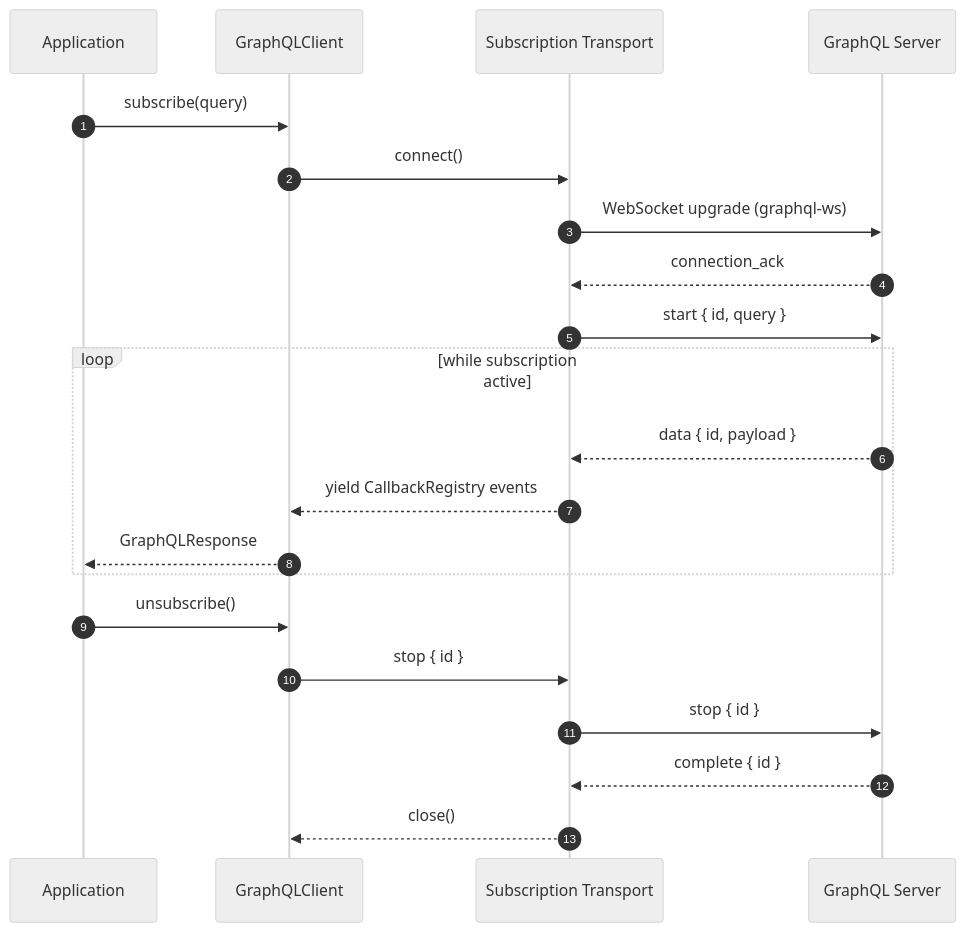
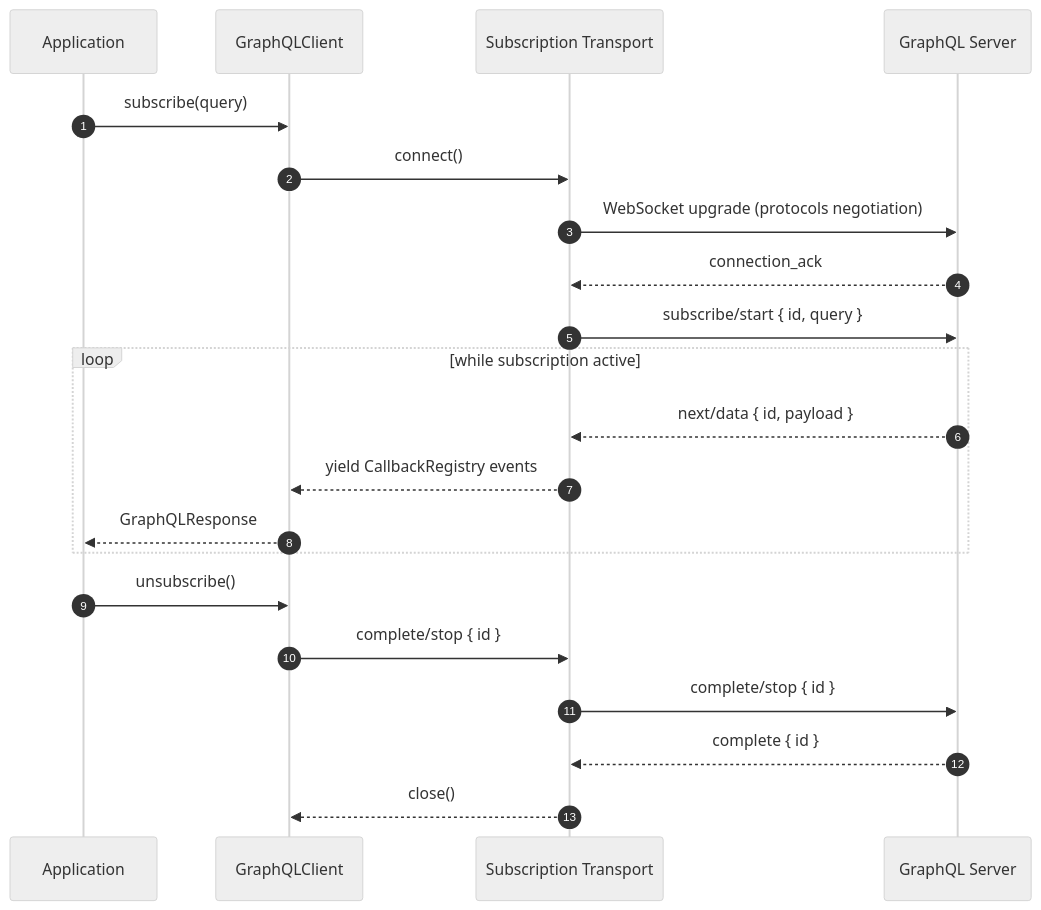
The diagram in docs/transport.rst (abn/aiographql-client), drawn with Mermaid (neutral theme) before and after one commit. The commit also changed other lines of this file, not shown here.

Commit message:
docs: document graphql-ws vs graphql-transport-ws protocol negotiation

```diff
--- a/docs/transport.rst
+++ b/docs/transport.rst
@@ -62,24 +63,24 @@
 .. mermaid::
 
    sequenceDiagram
        autonumber
        participant App as Application
        participant Client as GraphQLClient
        participant WS as Subscription Transport
        participant Server as GraphQL Server
 
        App->>Client: subscribe(query)
        Client->>WS: connect()
-       WS->>Server: WebSocket upgrade (graphql-ws)
+       WS->>Server: WebSocket upgrade (protocols negotiation)
        Server-->>WS: connection_ack
-       WS->>Server: start { id, query }
+       WS->>Server: subscribe/start { id, query }
        loop while subscription active
-           Server-->>WS: data { id, payload }
+           Server-->>WS: next/data { id, payload }
            WS-->>Client: yield CallbackRegistry events
            Client-->>App: GraphQLResponse
        end
        App->>Client: unsubscribe()
-       Client->>WS: stop { id }
-       WS->>Server: stop { id }
+       Client->>WS: complete/stop { id }
+       WS->>Server: complete/stop { id }
        Server-->>WS: complete { id }
        WS-->>Client: close()
```
